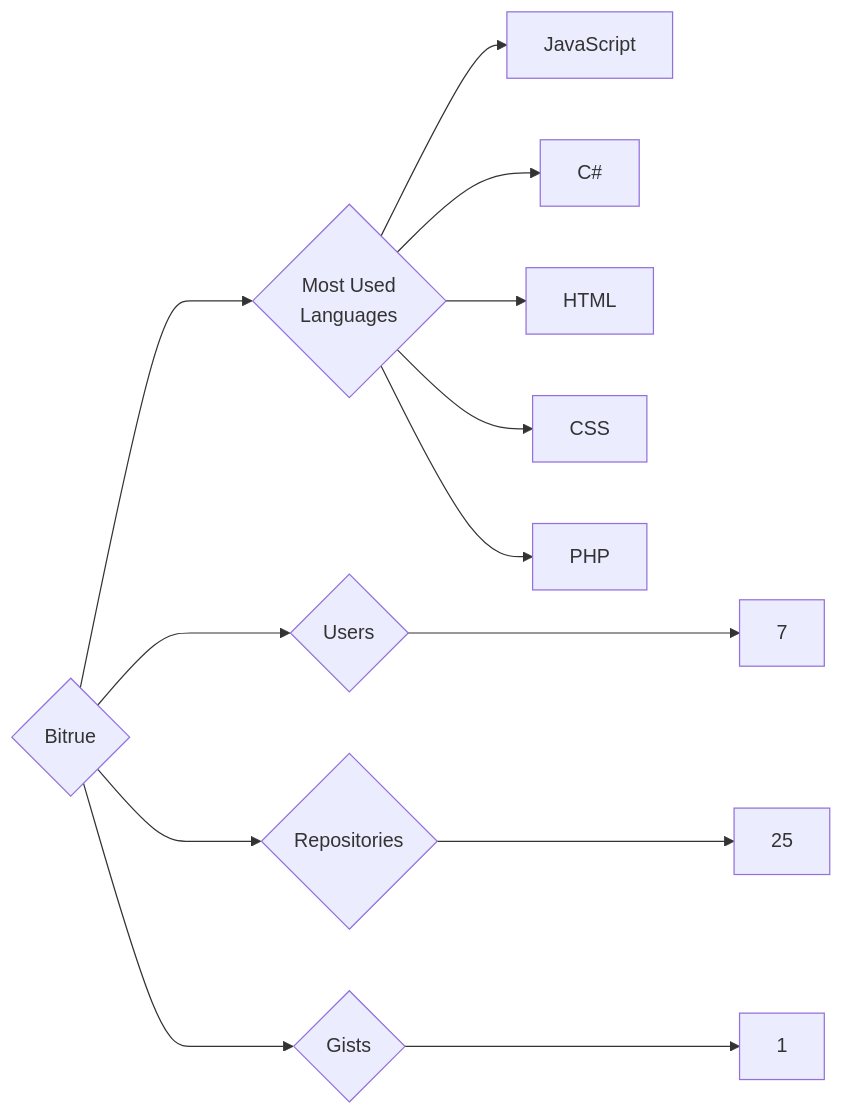
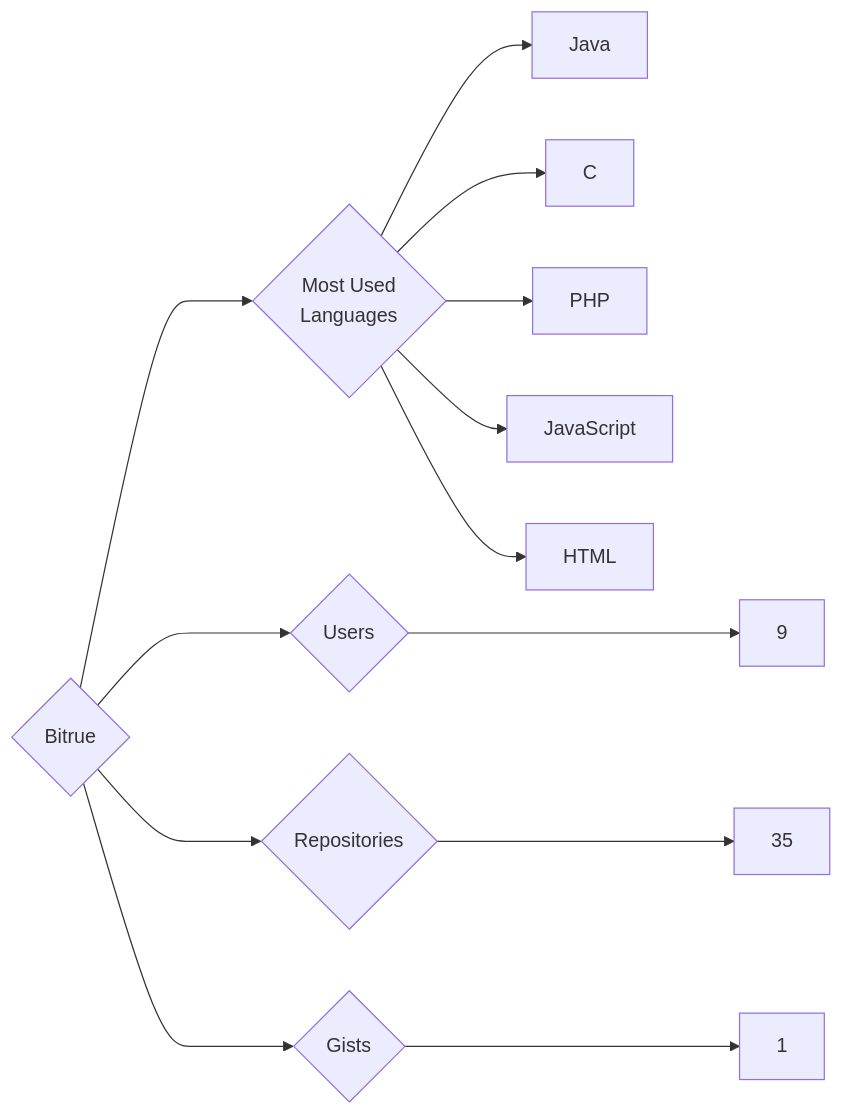
The diagram in targets/Bitrue/README.md (trickest/insiders), drawn with Mermaid before and after one commit. The commit also changed 736 other files, not shown here.

````diff
--- a/targets/Bitrue/README.md
+++ b/targets/Bitrue/README.md
@@ -3,13 +3,13 @@
 ```mermaid
 graph LR
 COMPANY_NAME{Bitrue}
-COMPANY_NAME ---> U{Users} ---> UN[7]
-COMPANY_NAME ---> R{Repositories} ---> RN[25]
+COMPANY_NAME ---> U{Users} ---> UN[9]
+COMPANY_NAME ---> R{Repositories} ---> RN[35]
 COMPANY_NAME ---> G{Gists} ---> GN[1]
 COMPANY_NAME ---> ML{Most Used<br>Languages}
+ML --> Java[Java]
+ML --> C[C]
+ML --> PHP[PHP]
 ML --> JavaScript[JavaScript]
-ML --> C#[C#]
 ML --> HTML[HTML]
-ML --> CSS[CSS]
-ML --> PHP[PHP]
 ```
````
